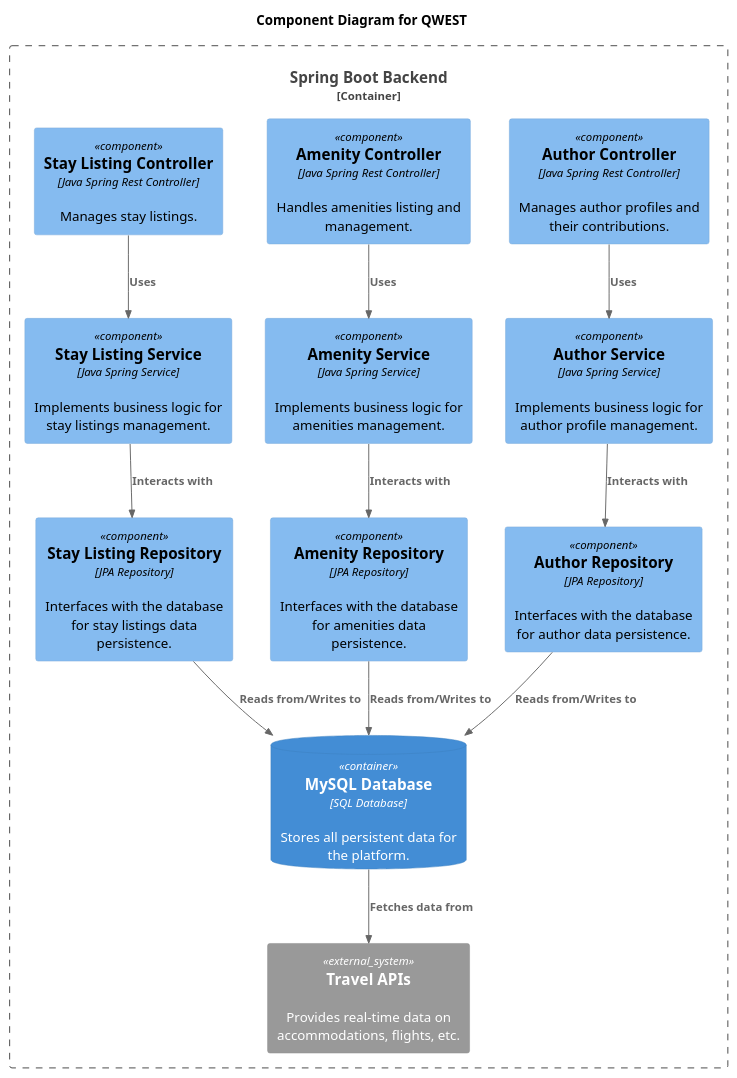
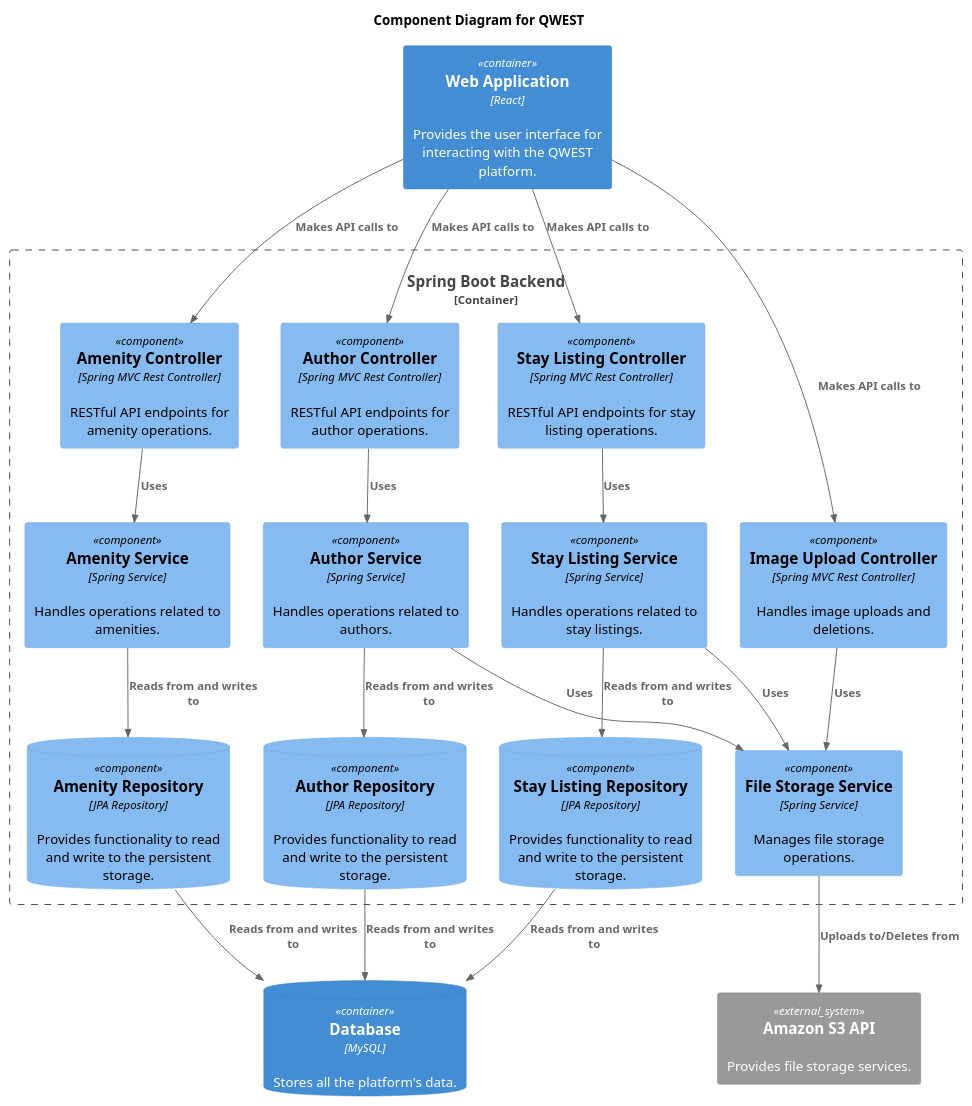
The diagram in Documentation/Diagrams/C3.puml (shev0k/qwest-be), drawn with PlantUML before and after one commit. The commit also changed 18 other files, not shown here.

```diff
--- a/Documentation/Diagrams/C3.puml
+++ b/Documentation/Diagrams/C3.puml
@@ -1,37 +1,48 @@
 @startuml
-!includeurl https://raw.githubusercontent.com/RicardoNiepel/C4-PlantUML/master/C4_Component.puml
+!includeurl https://raw.githubusercontent.com/plantuml-stdlib/C4-PlantUML/master/C4_Component.puml
 
 title Component Diagram for QWEST
 
+Container(frontend, "Web Application", "React", "Provides the user interface for interacting with the QWEST platform.")
+
 Container_Boundary(api, "Spring Boot Backend") {
-    Component(authorController, "Author Controller", "Java Spring Rest Controller", "Manages author profiles and their contributions.")
-    Component(amenityController, "Amenity Controller", "Java Spring Rest Controller", "Handles amenities listing and management.")
-    Component(stayListingController, "Stay Listing Controller", "Java Spring Rest Controller", "Manages stay listings.")
+    Component(authorController, "Author Controller", "Spring MVC Rest Controller", "RESTful API endpoints for author operations.")
+    Component(amenityController, "Amenity Controller", "Spring MVC Rest Controller", "RESTful API endpoints for amenity operations.")
+    Component(stayListingController, "Stay Listing Controller", "Spring MVC Rest Controller", "RESTful API endpoints for stay listing operations.")
+    Component(imageUploadController, "Image Upload Controller", "Spring MVC Rest Controller", "Handles image uploads and deletions.")
 
-    Component(authorService, "Author Service", "Java Spring Service", "Implements business logic for author profile management.")
-    Component(amenityService, "Amenity Service", "Java Spring Service", "Implements business logic for amenities management.")
-    Component(stayListingService, "Stay Listing Service", "Java Spring Service", "Implements business logic for stay listings management.")
+    Component(authorService, "Author Service", "Spring Service", "Handles operations related to authors.")
+    Component(amenityService, "Amenity Service", "Spring Service", "Handles operations related to amenities.")
+    Component(stayListingService, "Stay Listing Service", "Spring Service", "Handles operations related to stay listings.")
+    Component(fileStorageService, "File Storage Service", "Spring Service", "Manages file storage operations.")
 
-    Component(authorRepo, "Author Repository", "JPA Repository", "Interfaces with the database for author data persistence.")
-    Component(amenityRepo, "Amenity Repository", "JPA Repository", "Interfaces with the database for amenities data persistence.")
-    Component(stayListingRepo, "Stay Listing Repository", "JPA Repository", "Interfaces with the database for stay listings data persistence.")
-
-    ContainerDb(database, "MySQL Database", "SQL Database", "Stores all persistent data for the platform.")
+    ComponentDb(authorRepository, "Author Repository", "JPA Repository", "Provides functionality to read and write to the persistent storage.")
+    ComponentDb(amenityRepository, "Amenity Repository", "JPA Repository", "Provides functionality to read and write to the persistent storage.")
+    ComponentDb(stayListingRepository, "Stay Listing Repository", "JPA Repository", "Provides functionality to read and write to the persistent storage.")
 
     Rel(authorController, authorService, "Uses")
     Rel(amenityController, amenityService, "Uses")
     Rel(stayListingController, stayListingService, "Uses")
+    Rel(imageUploadController, fileStorageService, "Uses")
 
-    Rel(authorService, authorRepo, "Interacts with")
-    Rel(amenityService, amenityRepo, "Interacts with")
-    Rel(stayListingService, stayListingRepo, "Interacts with")
-
-    Rel(authorRepo, database, "Reads from/Writes to")
-    Rel(amenityRepo, database, "Reads from/Writes to")
-    Rel(stayListingRepo, database, "Reads from/Writes to")
-
-    System_Ext(travelAPIs, "Travel APIs", "Provides real-time data on accommodations, flights, etc.")
-    Rel(database, travelAPIs, "Fetches data from")
+    Rel(authorService, authorRepository, "Reads from and writes to")
+    Rel(amenityService, amenityRepository, "Reads from and writes to")
+    Rel(stayListingService, stayListingRepository, "Reads from and writes to")
+    Rel(stayListingService, fileStorageService, "Uses")
+    Rel(authorService, fileStorageService, "Uses")
 }
 
+ContainerDb(database, "Database", "MySQL", "Stores all the platform's data.")
+
+Rel(frontend, authorController, "Makes API calls to")
+Rel(frontend, amenityController, "Makes API calls to")
+Rel(frontend, stayListingController, "Makes API calls to")
+Rel(frontend, imageUploadController, "Makes API calls to")
+
+Rel(authorRepository, database, "Reads from and writes to")
+Rel(amenityRepository, database, "Reads from and writes to")
+Rel(stayListingRepository, database, "Reads from and writes to")
+
+System_Ext(s3AmazonAPI, "Amazon S3 API", "Provides file storage services.")
+Rel(fileStorageService, s3AmazonAPI, "Uploads to/Deletes from")
 @enduml
```
